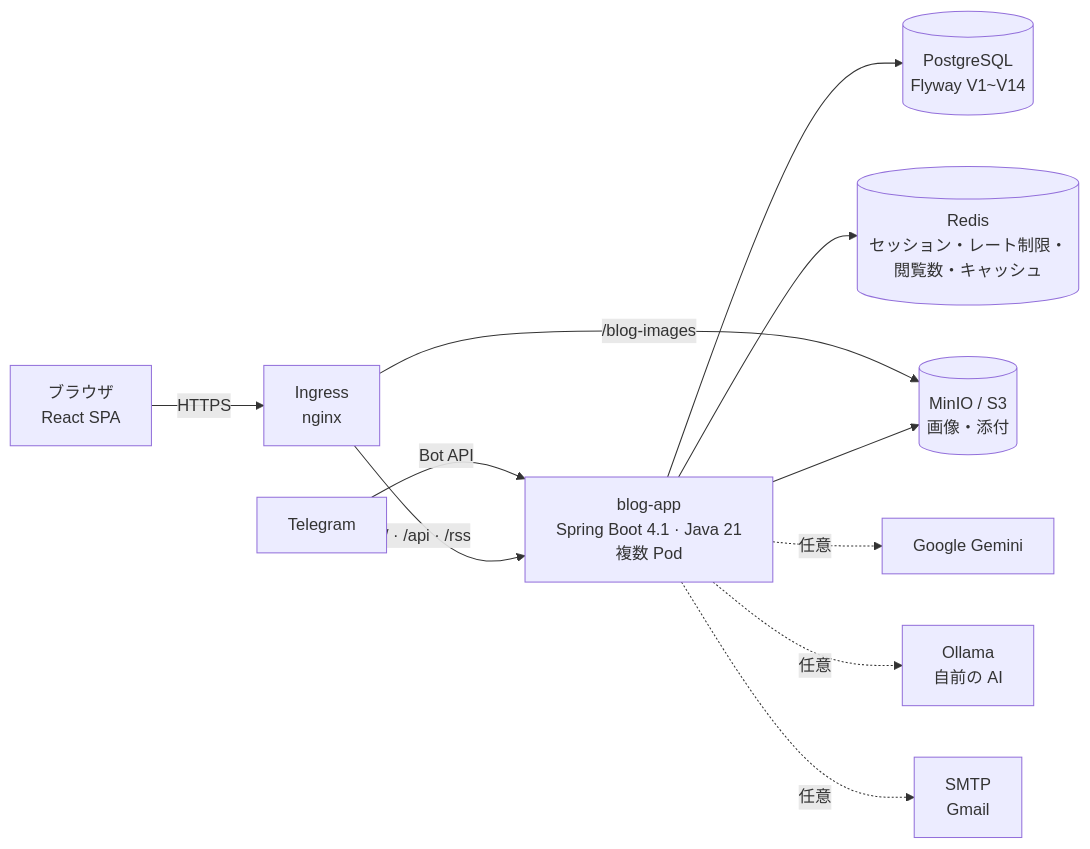
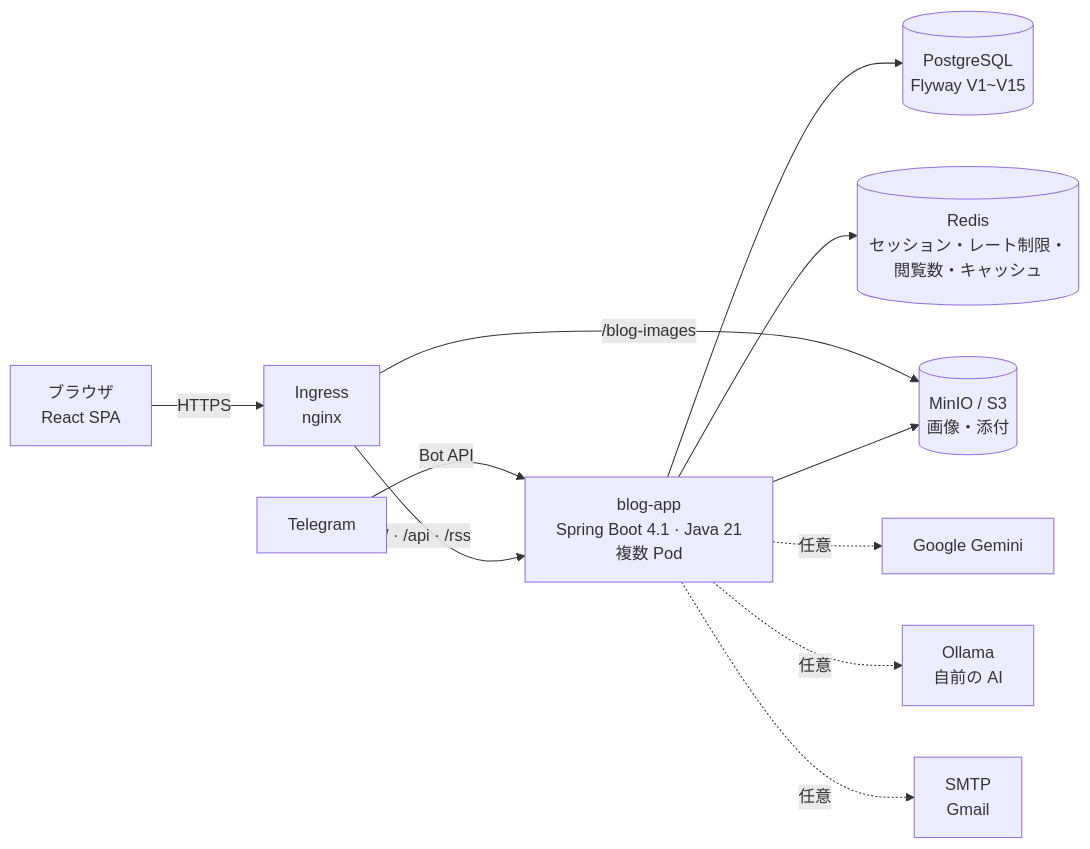
Before and after one commit to AIGJ-01-002-blog/Devlog: the first of 3 diagrams in README.ja.md, drawn with Mermaid. The commit also changed other lines of this file and 48 other files, not shown here.

````diff
--- a/README.ja.md
+++ b/README.ja.md
@@ -147,13 +150,13 @@
 ```mermaid
 flowchart LR
     B[ブラウザ<br/>React SPA] -->|HTTPS| I[Ingress<br/>nginx]
     T[Telegram] -->|Bot API| A
     I -->|/ · /api · /rss| A[blog-app<br/>Spring Boot 4.1 · Java 21<br/>複数 Pod]
     I -->|/blog-images| M[(MinIO / S3<br/>画像・添付)]
-    A --> P[(PostgreSQL<br/>Flyway V1~V14)]
+    A --> P[(PostgreSQL<br/>Flyway V1~V15)]
     A --> R[(Redis<br/>セッション・レート制限・閲覧数・キャッシュ)]
     A --> M
     A -.任意.-> G[Google Gemini]
     A -.任意.-> O[Ollama<br/>自前の AI]
     A -.任意.-> S[SMTP<br/>Gmail]
 ```
````
